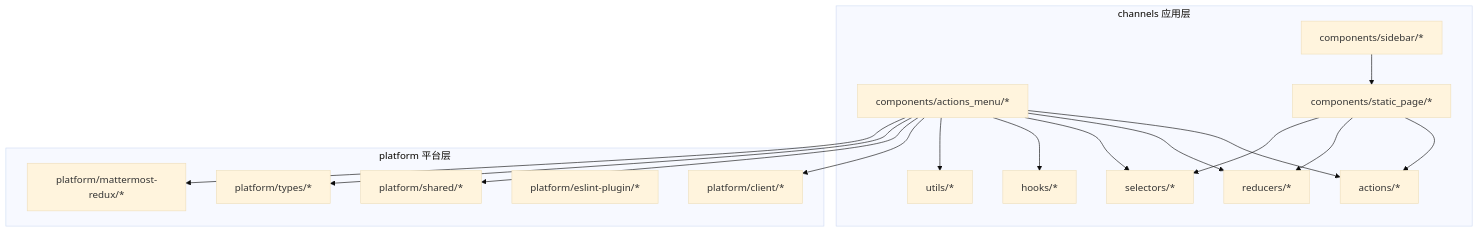
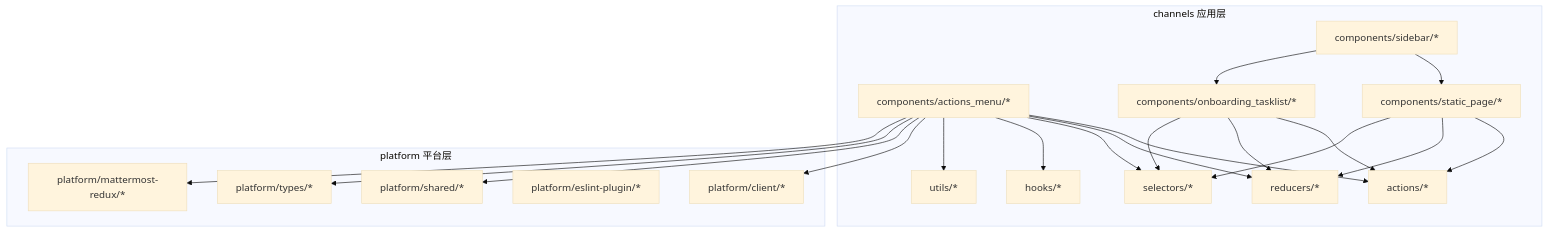
The first of 11 diagrams in .qoder/repowiki/zh/content/前端开发/组件开发指南/组件开发指南.md (frankMa-1993/mattermost), drawn with Mermaid (base theme) before and after one commit. The commit also changed other lines of this file and 11 other files, not shown here.

````diff
--- a/.qoder/repowiki/zh/content/前端开发/组件开发指南/组件开发指南.md
+++ b/.qoder/repowiki/zh/content/前端开发/组件开发指南/组件开发指南.md
@@ -53,33 +60,38 @@
 ```mermaid
 graph TB
 subgraph "channels 应用层"
 CM["components/actions_menu/*"]
 SP["components/sidebar/*"]
 STP["components/static_page/*"]
+OTP["components/onboarding_tasklist/*"]
 CA["actions/*"]
 CR["reducers/*"]
 CS["selectors/*"]
 CH["hooks/*"]
 CU["utils/*"]
 end
 subgraph "platform 平台层"
 PC["platform/client/*"]
 PS["platform/shared/*"]
 PT["platform/types/*"]
 PE["platform/eslint-plugin/*"]
 PM["platform/mattermost-redux/*"]
 end
 CM --> CA
 CM --> CR
 CM --> CS
 CM --> CH
 CM --> CU
 CM --> PC
 CM --> PS
 CM --> PT
 CM --> PM
 SP --> STP
+SP --> OTP
 STP --> CA
 STP --> CR
 STP --> CS
+OTP --> CA
+OTP --> CR
+OTP --> CS
 ```
````
